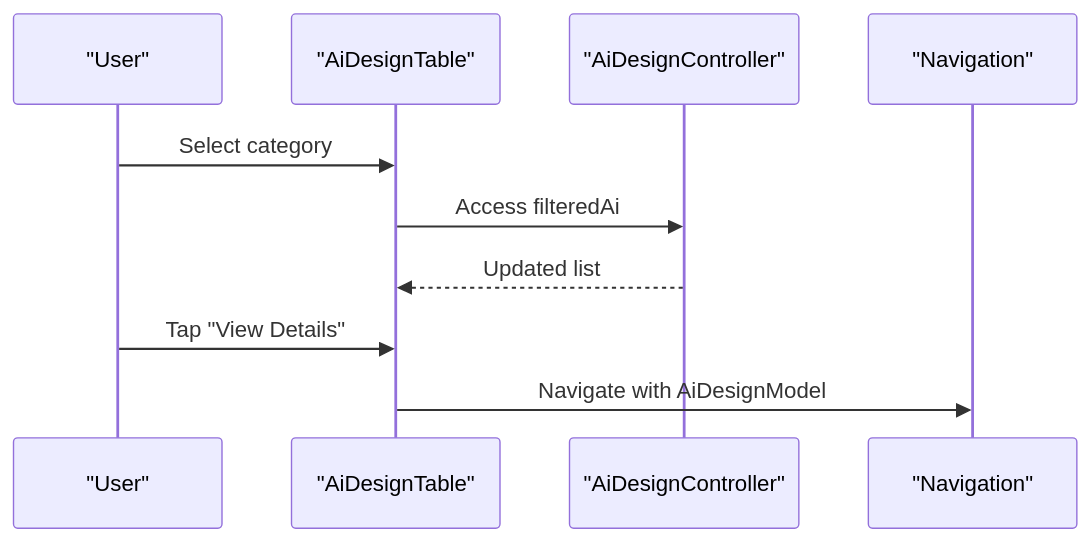
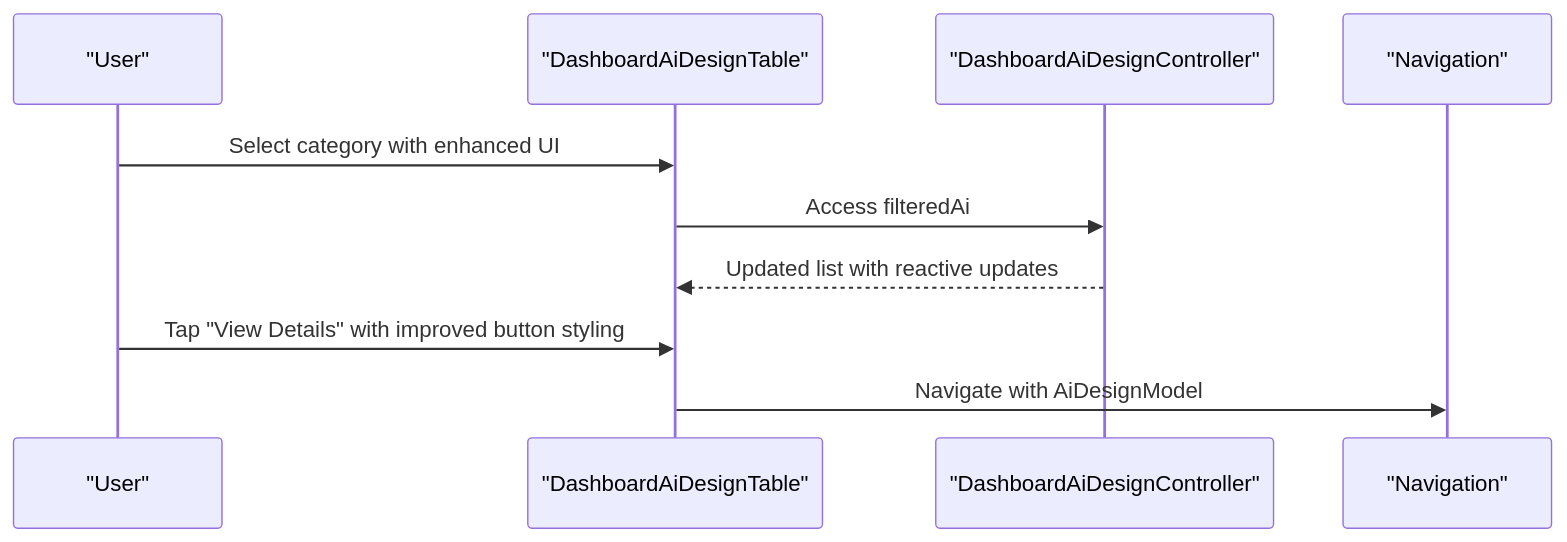
The eighth of 13 diagrams in .qoder/repowiki/en/content/Core Features/AI Design Services/Design Customization and Preview.md (Ariful3111/FurniGo), drawn with Mermaid before and after one commit. The commit also changed other lines of this file and 67 other files, not shown here.

````diff
--- a/.qoder/repowiki/en/content/Core Features/AI Design Services/Design Customization and Preview.md
+++ b/.qoder/repowiki/en/content/Core Features/AI Design Services/Design Customization and Preview.md
@@ -295,12 +350,12 @@
 ```mermaid
 sequenceDiagram
 participant User as "User"
-participant Table as "AiDesignTable"
-participant Controller as "AiDesignController"
+participant Table as "DashboardAiDesignTable"
+participant Controller as "DashboardAiDesignController"
 participant Router as "Navigation"
-User->>Table : Select category
+User->>Table : Select category with enhanced UI
 Table->>Controller : Access filteredAi
-Controller-->>Table : Updated list
-User->>Table : Tap "View Details"
+Controller-->>Table : Updated list with reactive updates
+User->>Table : Tap "View Details" with improved button styling
 Table->>Router : Navigate with AiDesignModel
 ```
````
